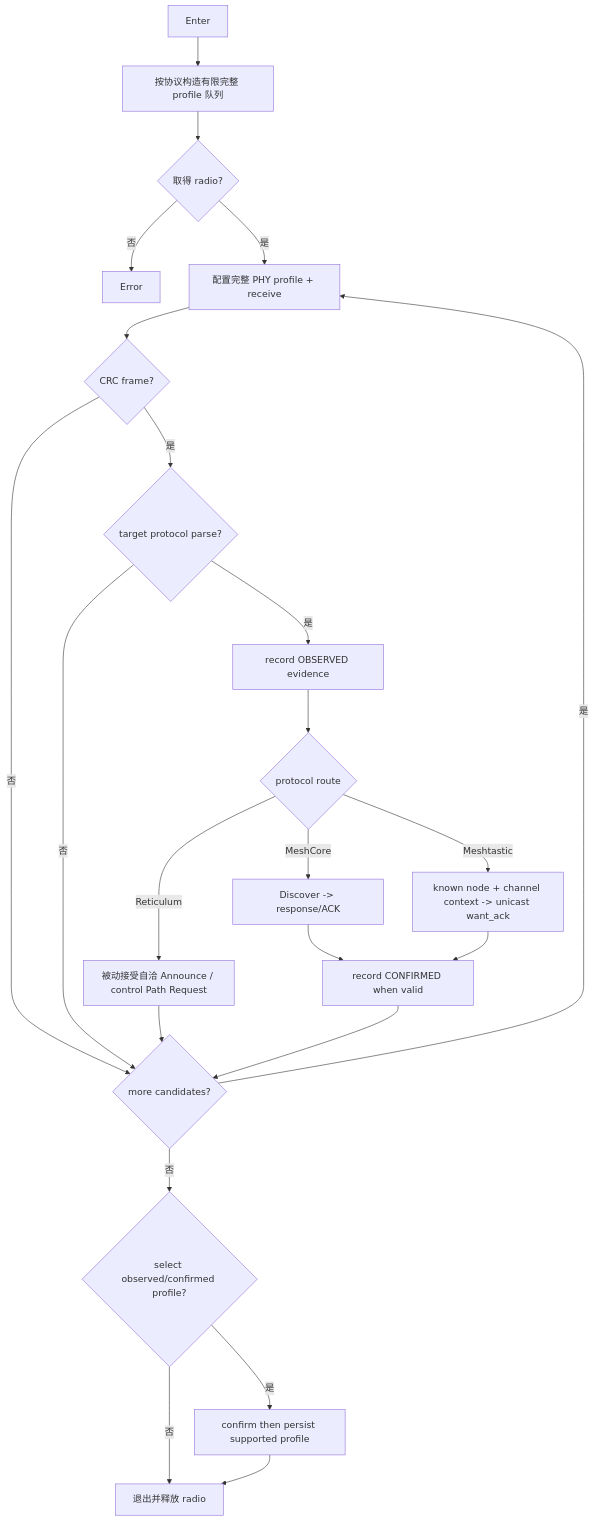
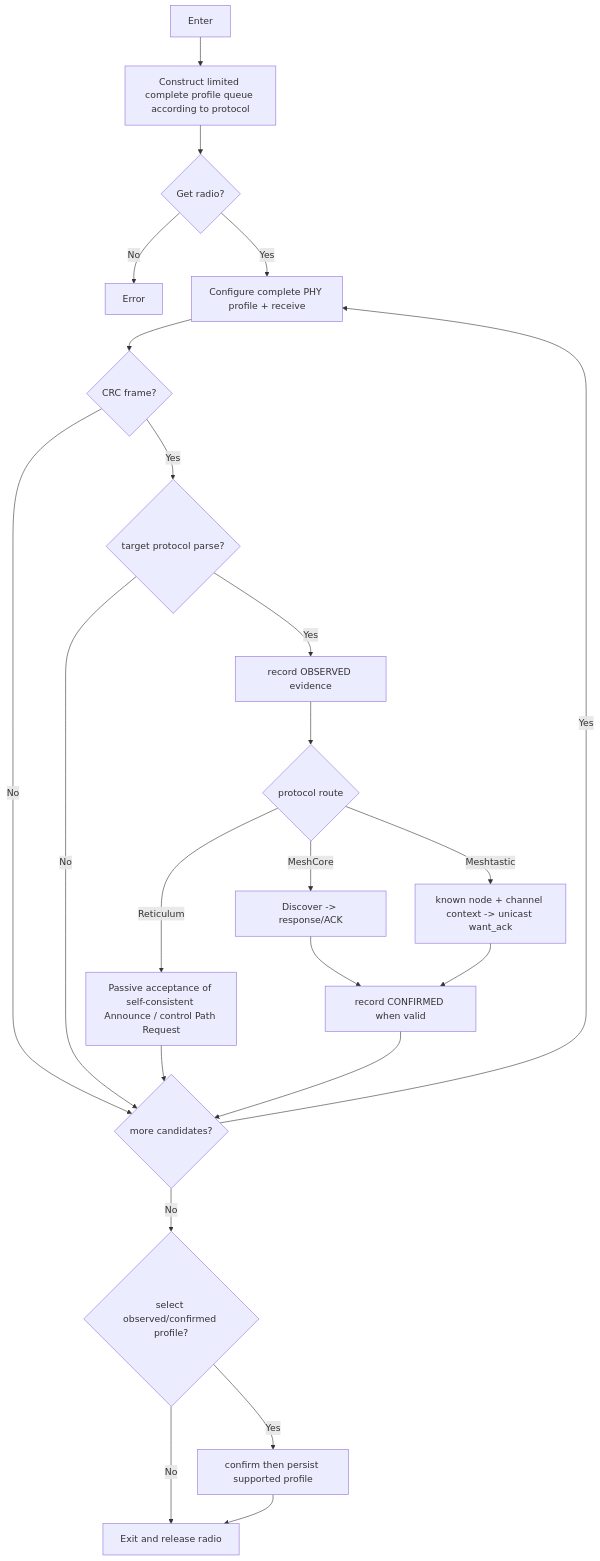
One commit to manmuqingshan/trail-mate changed the diagram in docs/design/use-case-diagrams/survey-radio-spectrum/activity.md. Above: the diagram before and after it, drawn with Mermaid. The commit also changed other lines of this file and 527 other files, not shown here.

````diff
--- a/docs/design/use-case-diagrams/survey-radio-spectrum/activity.md
+++ b/docs/design/use-case-diagrams/survey-radio-spectrum/activity.md
@@ -2,25 +2,25 @@
 ```mermaid
 flowchart TD
-  Enter --> Plan["按协议构造有限完整 profile 队列"]
-  Plan --> Acquire{"取得 radio?"}
-  Acquire -- 否 --> Error
-  Acquire -- 是 --> Receive["配置完整 PHY profile + receive"]
+ Enter --> Plan["Construct limited complete profile queue according to protocol"]
+ Plan --> Acquire{"Get radio?"}
+ Acquire -- No --> Error
+ Acquire -- Yes --> Receive["Configure complete PHY profile + receive"]
   Receive --> Frame{"CRC frame?"}
-  Frame -- 否 --> More
-  Frame -- 是 --> Parse{"target protocol parse?"}
-  Parse -- 否 --> More
-  Parse -- 是 --> Observe["record OBSERVED evidence"]
+ Frame -- No --> More
+ Frame -- Yes --> Parse{"target protocol parse?"}
+ Parse -- No --> More
+ Parse -- Yes --> Observe["record OBSERVED evidence"]
   Observe --> Route{"protocol route"}
   Route -- MeshCore --> Mc["Discover -> response/ACK"]
   Route -- Meshtastic --> Mt["known node + channel context -> unicast want_ack"]
-  Route -- Reticulum --> Rt["被动接受自洽 Announce / control Path Request"]
+ Route -- Reticulum --> Rt["Passive acceptance of self-consistent Announce / control Path Request"]
   Mc --> Confirm["record CONFIRMED when valid"]
   Mt --> Confirm
   Rt --> More
   Confirm --> More{"more candidates?"}
-  More -- 是 --> Receive
-  More -- 否 --> Choice{"select observed/confirmed profile?"}
-  Choice -- 是 --> Apply["confirm then persist supported profile"]
-  Choice -- 否 --> Release["stop and release radio"]
-  Apply --> Release["退出并释放 radio"]
+ More -- Yes --> Receive
+ More -- No --> Choice{"select observed/confirmed profile?"}
+ Choice -- Yes --> Apply["confirm then persist supported profile"]
+ Choice -- No --> Release["stop and release radio"]
+ Apply --> Release["Exit and release radio"]
 ```
````
